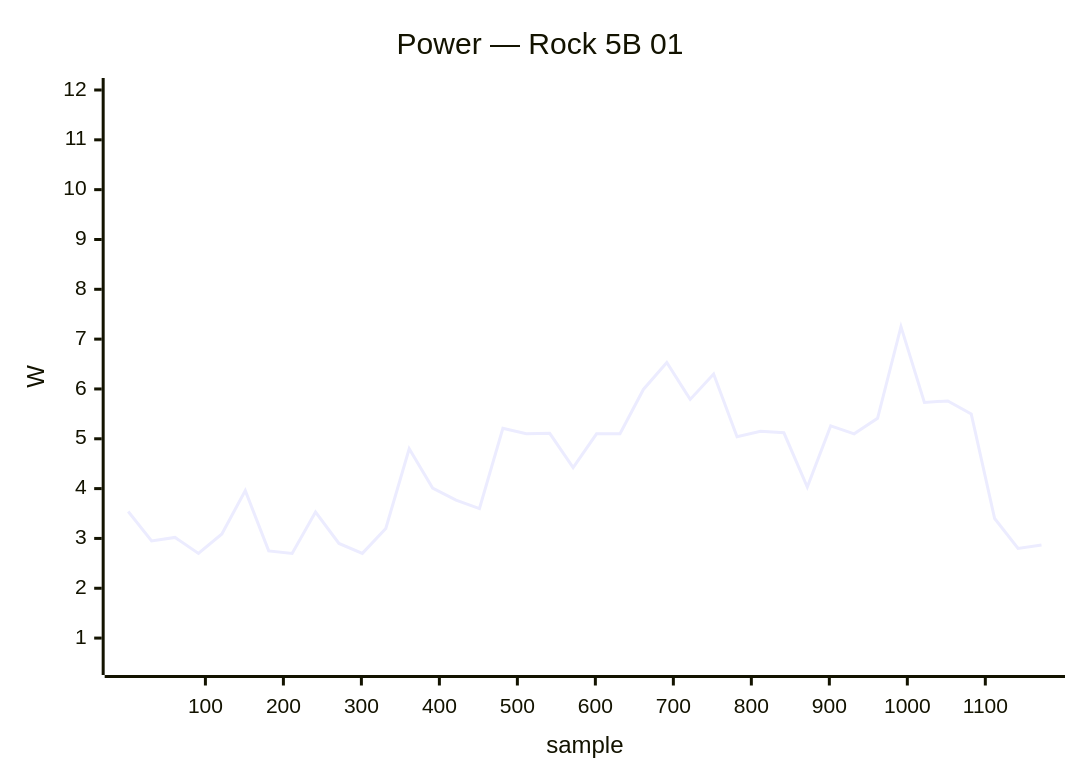
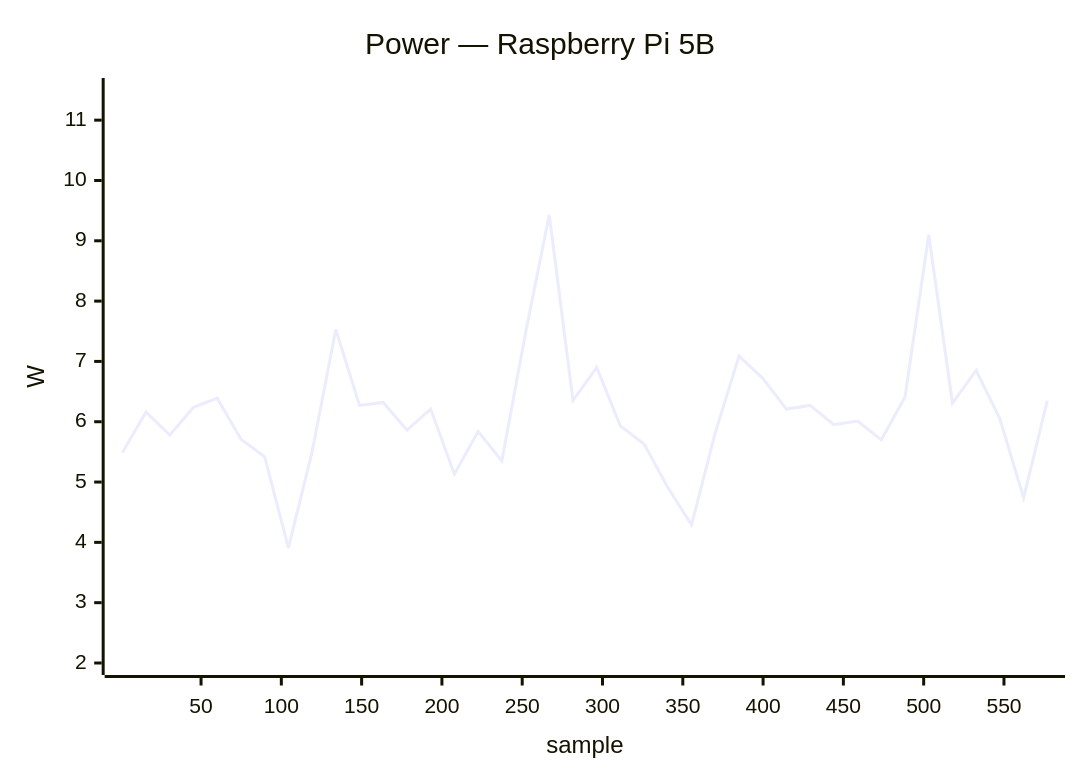
Diagram 31 of 38 in docs/status/board-tests.md (armbian/documentation), drawn with Mermaid before and after one commit. The commit also changed other lines of this file, not shown here.

````diff
--- a/docs/status/board-tests.md
+++ b/docs/status/board-tests.md
@@ -1587,7 +1538,7 @@
 ```mermaid
 xychart-beta
-    title "Power — Rock 5B 01"
-    x-axis "sample" 1 --> 1172
-    y-axis "W" 0.5 --> 12.0
-    line [3.54, 2.95, 3.02, 2.70, 3.09, 3.96, 2.75, 2.70, 3.53, 2.90, 2.70, 3.20, 4.80, 4.01, 3.77, 3.60, 5.21, 5.10, 5.11, 4.42, 5.10, 5.10, 5.99, 6.53, 5.79, 6.30, 5.04, 5.15, 5.12, 4.03, 5.26, 5.10, 5.41, 7.25, 5.73, 5.76, 5.50, 3.40, 2.80, 2.87]
+    title "Power — Raspberry Pi 5B"
+    x-axis "sample" 1 --> 577
+    y-axis "W" 2.0 --> 11.5
+    line [5.49, 6.16, 5.78, 6.24, 6.39, 5.71, 5.42, 3.91, 5.50, 7.53, 6.27, 6.32, 5.86, 6.21, 5.13, 5.84, 5.35, 7.47, 9.43, 6.35, 6.90, 5.93, 5.63, 4.91, 4.29, 5.82, 7.09, 6.72, 6.21, 6.27, 5.95, 6.01, 5.70, 6.41, 9.10, 6.31, 6.85, 6.05, 4.74, 6.35]
 ```
````
